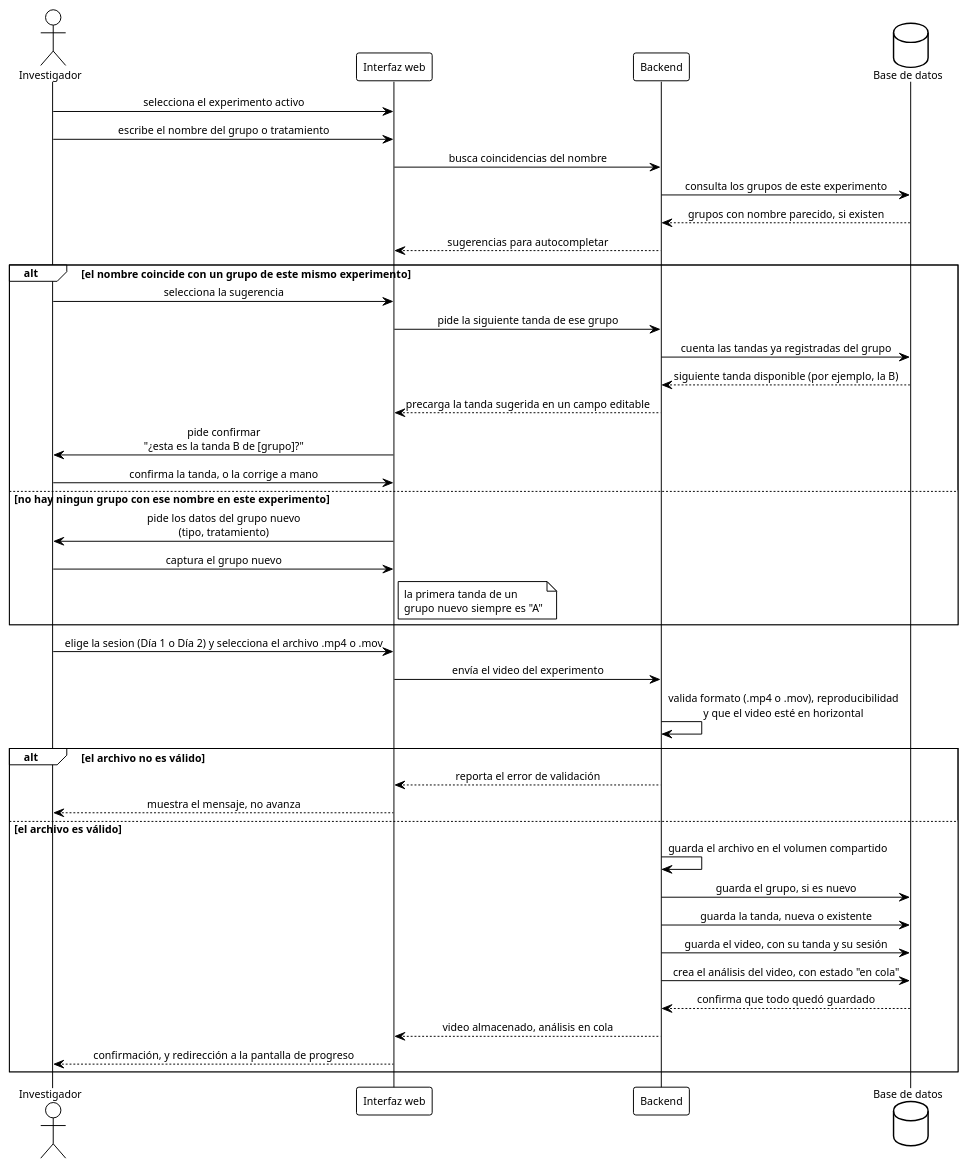
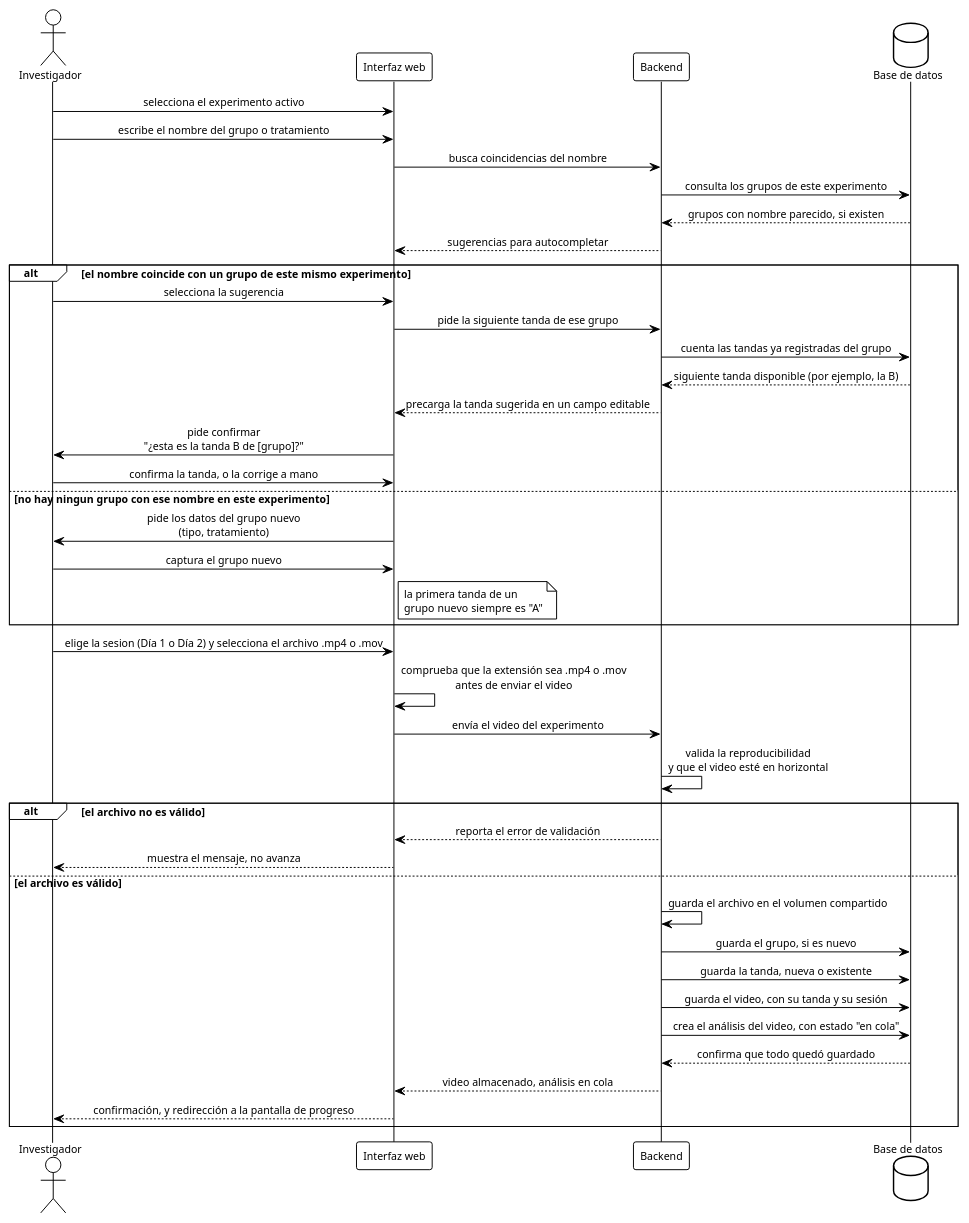
The diagram in diagramas/seq_carga_video.puml (ErickJester/fst-ai-system-latex), drawn with PlantUML before and after one commit. The commit also changed 25 other files, not shown here.

```diff
--- a/diagramas/seq_carga_video.puml
+++ b/diagramas/seq_carga_video.puml
@@ -1,85 +1,86 @@
 @startuml seq_carga_video
 ' ================================================================
 '  Secuencia - Carga de video, con inferencia de tanda (D-19)
 '  Base de datos FST | TT 2026-B066 | ESCOM-IPN
 '  Frausto Robles Angel Ali . Rodriguez Verdin Sandoval Vanesa
 ' ----------------------------------------------------------------
 '  Reemplaza a figures/mermaid/seq_carga.png (modelo viejo: el video
 '  colgaba directo de Experimento, sin Grupo ni Tanda).
 '
 '  Cubre CU-04 "Subir video para analisis" (RF-08, RF-09, RF-12) mas
 '  la inferencia de tanda decidida en D-19: al escribir el nombre del
 '  grupo/tratamiento, si coincide con uno ya usado en el MISMO
 '  experimento, el sistema sugiere la siguiente tanda (letra A, B,
 '  C... en pantalla; en la base de datos sigue siendo TANDA.ordinal
 '  entero) en un campo editable, pero pide confirmacion explicita
 '  antes de guardar -- no basta con dejar el valor precargado sin
 '  que el investigador lo confirme.
 '
 '  El encolado del analisis es solo crear el registro con estado
 '  "en cola" (D-15); el Worker lo toma despues por polling a la
 '  tabla de analisis (cap. 5, CU-07) -- no hay cola aparte tipo
 '  Redis, esa pieza de docs/diagramas.pdf pag. 1 esta desactualizada
 '  (ver MIGRACION-DIAGRAMAS.md SS3.7).
 '
 '  Generar:
 '      java -jar plantuml.jar -tpng diagramas/seq_carga_video.puml
 ' ================================================================
 
 !theme plain
 skinparam defaultFontName Arial
 skinparam defaultFontSize 11
 skinparam shadowing false
 skinparam sequenceMessageAlign center
 skinparam BoxPadding 10
 
 actor Investigador as inv
 participant "Interfaz web" as ui
 participant Backend as api
 database "Base de datos" as db
 
 inv -> ui: selecciona el experimento activo
 inv -> ui: escribe el nombre del grupo o tratamiento
 
 ui -> api: busca coincidencias del nombre
 api -> db: consulta los grupos de este experimento
 db --> api: grupos con nombre parecido, si existen
 api --> ui: sugerencias para autocompletar
 
 alt el nombre coincide con un grupo de este mismo experimento
   inv -> ui: selecciona la sugerencia
   ui -> api: pide la siguiente tanda de ese grupo
   api -> db: cuenta las tandas ya registradas del grupo
   db --> api: siguiente tanda disponible (por ejemplo, la B)
   api --> ui: precarga la tanda sugerida en un campo editable
   ui -> inv: pide confirmar\n"¿esta es la tanda B de [grupo]?"
   inv -> ui: confirma la tanda, o la corrige a mano
 else no hay ningun grupo con ese nombre en este experimento
   ui -> inv: pide los datos del grupo nuevo\n(tipo, tratamiento)
   inv -> ui: captura el grupo nuevo
   note right of ui
     la primera tanda de un
     grupo nuevo siempre es "A"
   end note
 end
 
 inv -> ui: elige la sesion (Día 1 o Día 2) y selecciona el archivo .mp4 o .mov
+ui -> ui: comprueba que la extensión sea .mp4 o .mov\nantes de enviar el video
 ui -> api: envía el video del experimento
 
-api -> api: valida formato (.mp4 o .mov), reproducibilidad\ny que el video esté en horizontal
+api -> api: valida la reproducibilidad\ny que el video esté en horizontal
 
 alt el archivo no es válido
   api --> ui: reporta el error de validación
   ui --> inv: muestra el mensaje, no avanza
 else el archivo es válido
   api -> api: guarda el archivo en el volumen compartido
   api -> db: guarda el grupo, si es nuevo
   api -> db: guarda la tanda, nueva o existente
   api -> db: guarda el video, con su tanda y su sesión
   api -> db: crea el análisis del video, con estado "en cola"
   db --> api: confirma que todo quedó guardado
   api --> ui: video almacenado, análisis en cola
   ui --> inv: confirmación, y redirección a la pantalla de progreso
 end
 
 @enduml
```
